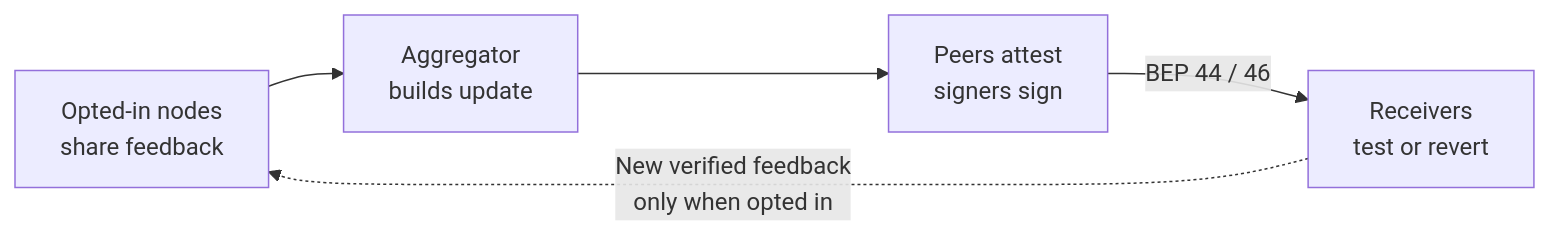
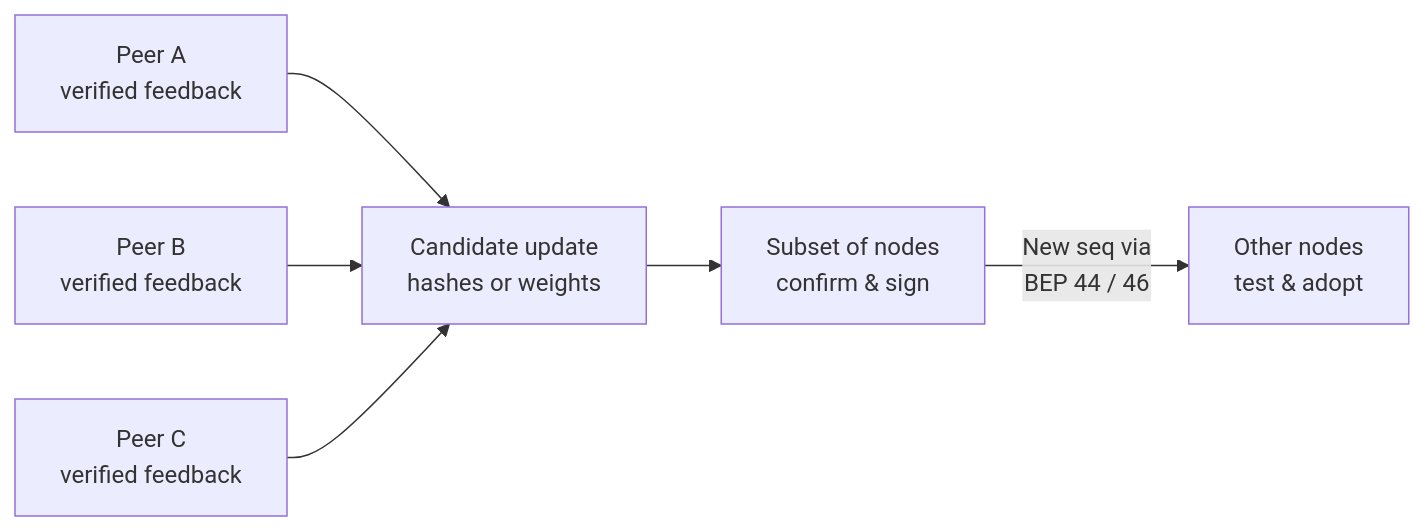
The diagram in docs/distributed-updates.md (spencernorton/armiger), drawn with Mermaid before and after one commit. The commit also changed other lines of this file and 1 other file, not shown here.

Commit message:
Restructure distributed updates guide around Problem, Solution and peer quorum promotion

````diff
--- a/docs/distributed-updates.md
+++ b/docs/distributed-updates.md
@@ -20,7 +35,8 @@
 ```mermaid
 flowchart LR
-    feedback["Opted-in nodes<br/>share feedback"] --> build["Aggregator<br/>builds update"]
-    build --> review["Peers attest<br/>signers sign"]
-    review -->|BEP 44 / 46| receive["Receivers<br/>test or revert"]
-    receive -. "New verified feedback<br/>only when opted in" .-> feedback
+    p1["Peer A<br/>verified feedback"] --> cand["Candidate update<br/>hashes or weights"]
+    p2["Peer B<br/>verified feedback"] --> cand
+    p3["Peer C<br/>verified feedback"] --> cand
+    cand --> quorum["Subset of nodes<br/>confirm & sign"]
+    quorum -->|New seq via<br/>BEP 44 / 46| adopt["Other nodes<br/>test & adopt"]
 ```
````
